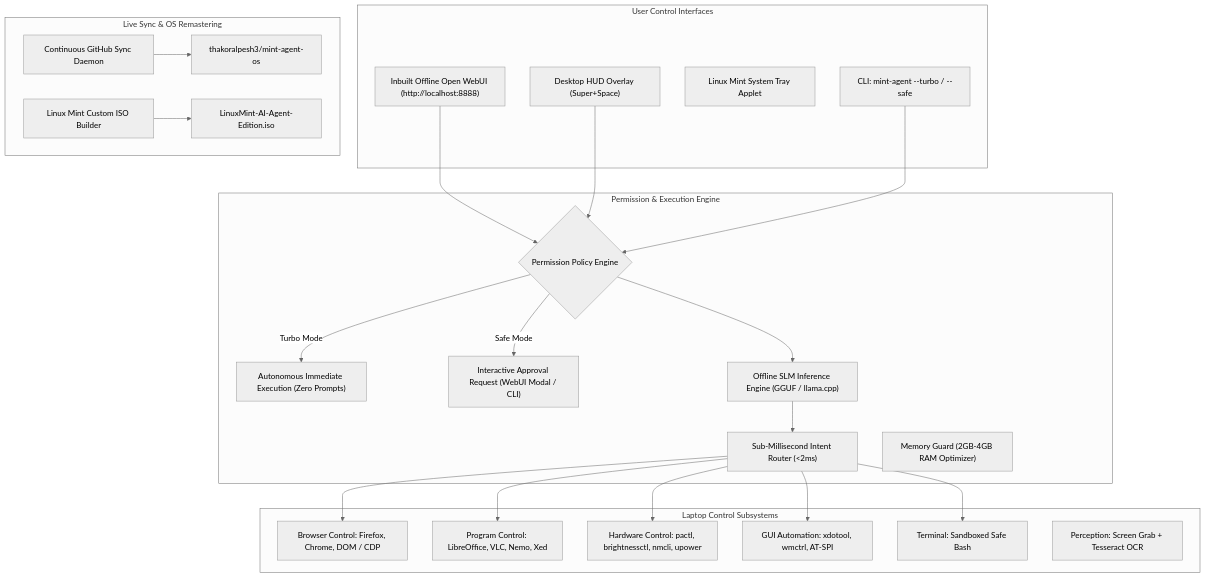
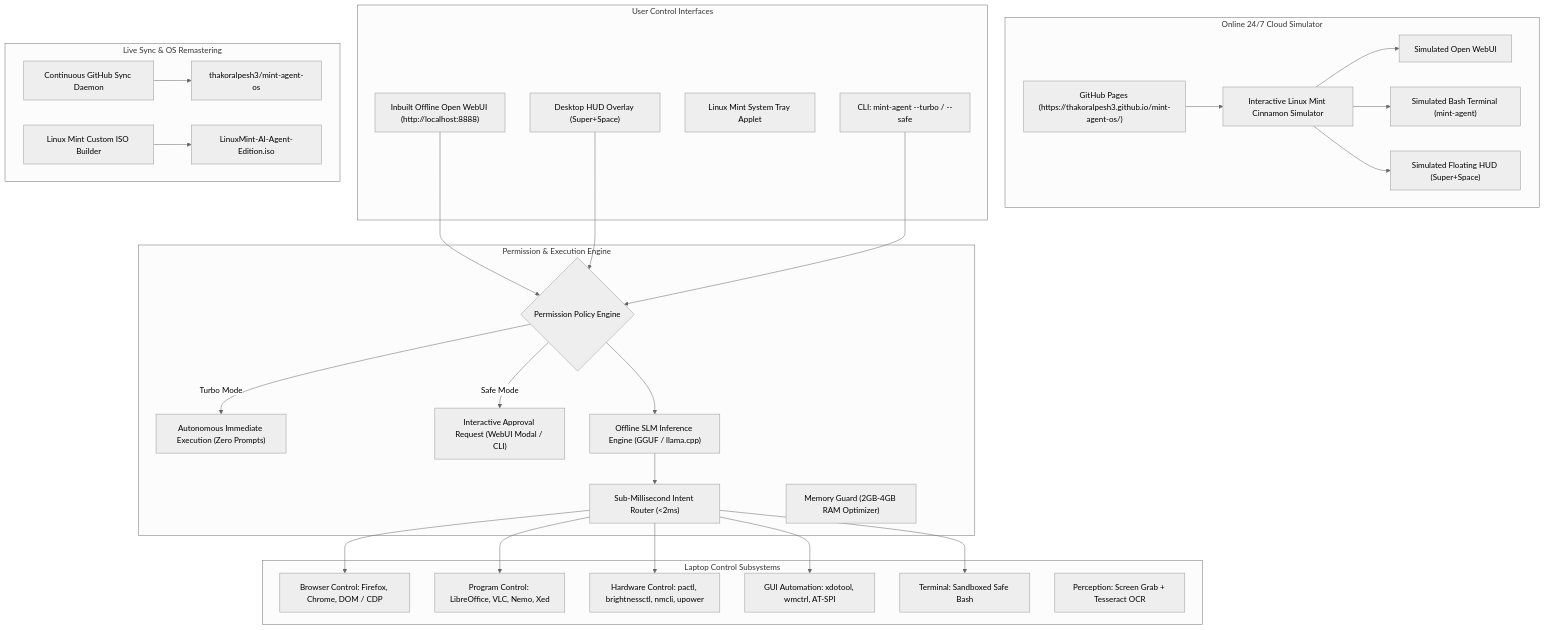
Before and after one commit to thakoralpesh3/mint-agent-os: the diagram in README.md, drawn with Mermaid (neutral theme). The commit also changed other lines of this file and 3 other files, not shown here.

Commit message:
🤖 Auto-Sync: Antigravity Conversation & Mint Agent OS [2026-10-26 20:03:22]

````diff
--- a/README.md
+++ b/README.md
@@ -24,44 +31,51 @@
 ```mermaid
 graph TD
+    subgraph Online 24/7 Cloud Simulator
+        Pages["GitHub Pages (https://thakoralpesh3.github.io/mint-agent-os/)"] --> WebSim["Interactive Linux Mint Cinnamon Simulator"]
+        WebSim --> SimWebUI["Simulated Open WebUI"]
+        WebSim --> SimTerm["Simulated Bash Terminal (mint-agent)"]
+        WebSim --> SimHUD["Simulated Floating HUD (Super+Space)"]
+    end
+
     subgraph User Control Interfaces
         WebUI["Inbuilt Offline Open WebUI (http://localhost:8888)"]
         HUD["Desktop HUD Overlay (Super+Space)"]
         Tray["Linux Mint System Tray Applet"]
         CLI["CLI: mint-agent --turbo / --safe"]
     end
 
     subgraph Permission & Execution Engine
         PolicySwitch{"Permission Policy Engine"}
         PolicySwitch -->|Turbo Mode| DirectExec["Autonomous Immediate Execution (Zero Prompts)"]
         PolicySwitch -->|Safe Mode| PermModal["Interactive Approval Request (WebUI Modal / CLI)"]
         
         Brain["Offline SLM Inference Engine (GGUF / llama.cpp)"]
         FastRouter["Sub-Millisecond Intent Router (<2ms)"]
         MemGuard["Memory Guard (2GB-4GB RAM Optimizer)"]
     end
 
     subgraph Laptop Control Subsystems
         BrowserCtrl["Browser Control: Firefox, Chrome, DOM / CDP"]
         ProgramCtrl["Program Control: LibreOffice, VLC, Nemo, Xed"]
         SysCtrl["Hardware Control: pactl, brightnessctl, nmcli, upower"]
         GUICtrl["GUI Automation: xdotool, wmctrl, AT-SPI"]
         TermCtrl["Terminal: Sandboxed Safe Bash"]
         VisionCtrl["Perception: Screen Grab + Tesseract OCR"]
     end
 
     subgraph Live Sync & OS Remastering
         SyncDaemon["Continuous GitHub Sync Daemon"] --> GitHub["thakoralpesh3/mint-agent-os"]
         ISORemaster["Linux Mint Custom ISO Builder"] --> BootableISO["LinuxMint-AI-Agent-Edition.iso"]
     end
 
     WebUI --> PolicySwitch
     HUD --> PolicySwitch
     CLI --> PolicySwitch
     PolicySwitch --> Brain
     Brain --> FastRouter
     FastRouter --> BrowserCtrl
     FastRouter --> ProgramCtrl
     FastRouter --> SysCtrl
     FastRouter --> GUICtrl
     FastRouter --> TermCtrl
 ```
````
